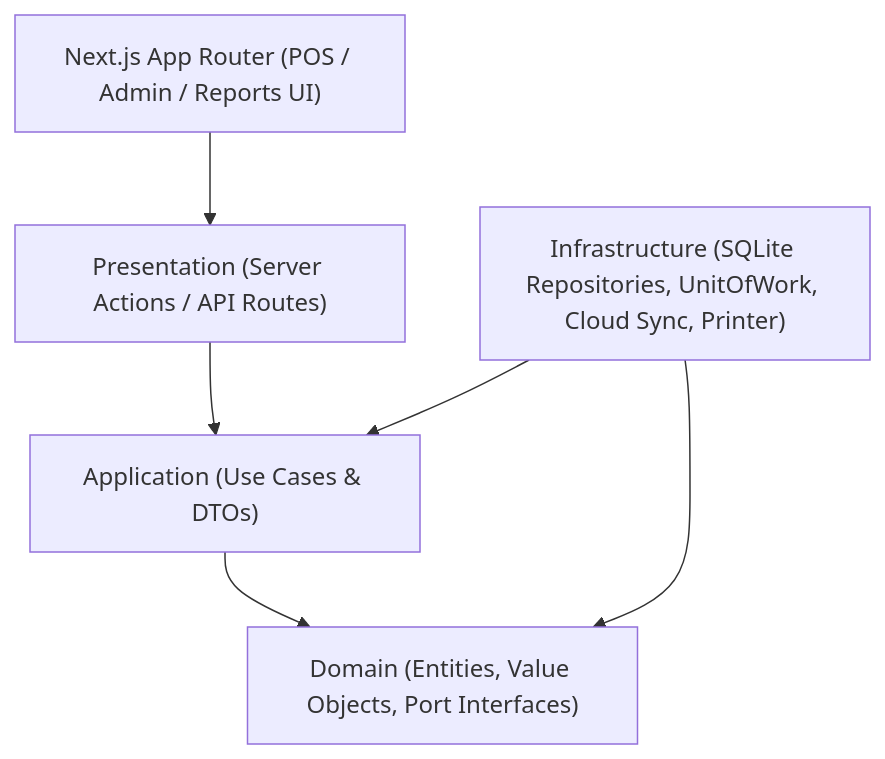
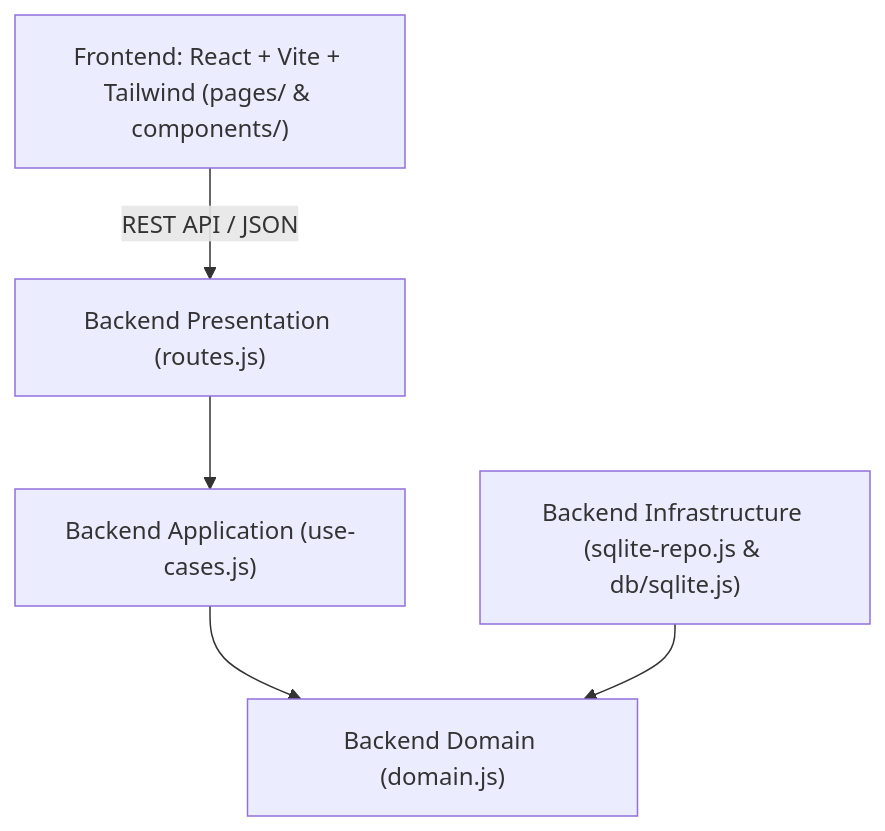
The diagram in docs/store-management-system-plan.md (awenmirasol234/store-management-system), drawn with Mermaid before and after one commit. The commit also changed other lines of this file and 2 other files, not shown here.

Commit message:
docs: finalize architecture, tech stack, coding standards, and domain specs

````diff
--- a/docs/store-management-system-plan.md
+++ b/docs/store-management-system-plan.md
@@ -48,8 +75,7 @@
 ```mermaid
 flowchart TB
-    UI["Next.js App Router (POS / Admin / Reports UI)"] --> API["Presentation (Server Actions / API Routes)"]
-    API --> App["Application (Use Cases & DTOs)"]
-    App --> Domain["Domain (Entities, Value Objects, Port Interfaces)"]
-    Infra["Infrastructure (SQLite Repositories, UnitOfWork, Cloud Sync, Printer)"] --> App
-    Infra --> Domain
+    UI["Frontend: React + Vite + Tailwind (pages/ & components/)"] -->|REST API / JSON| API["Backend Presentation (routes.js)"]
+    API --> App["Backend Application (use-cases.js)"]
+    App --> Domain["Backend Domain (domain.js)"]
+    Infra["Backend Infrastructure (sqlite-repo.js & db/sqlite.js)"] --> Domain
 ```
````
